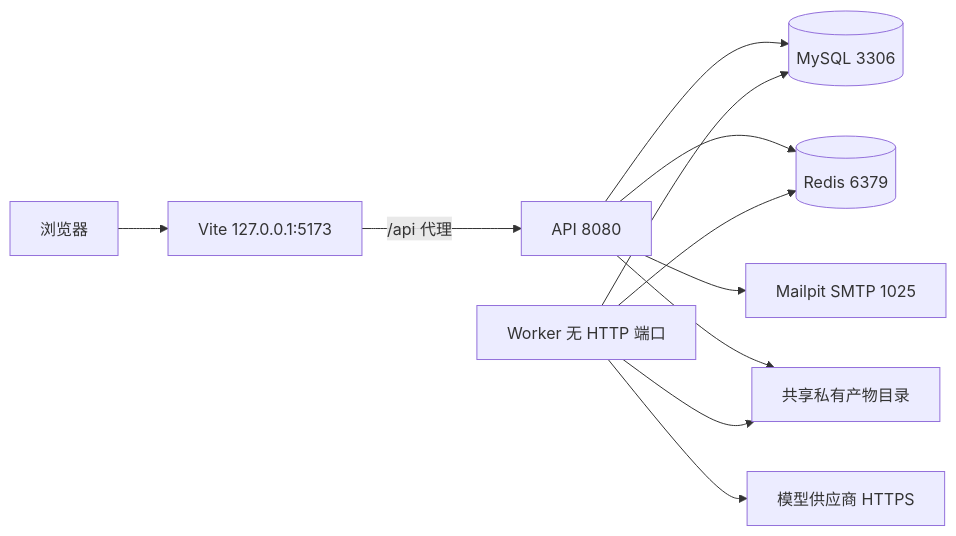
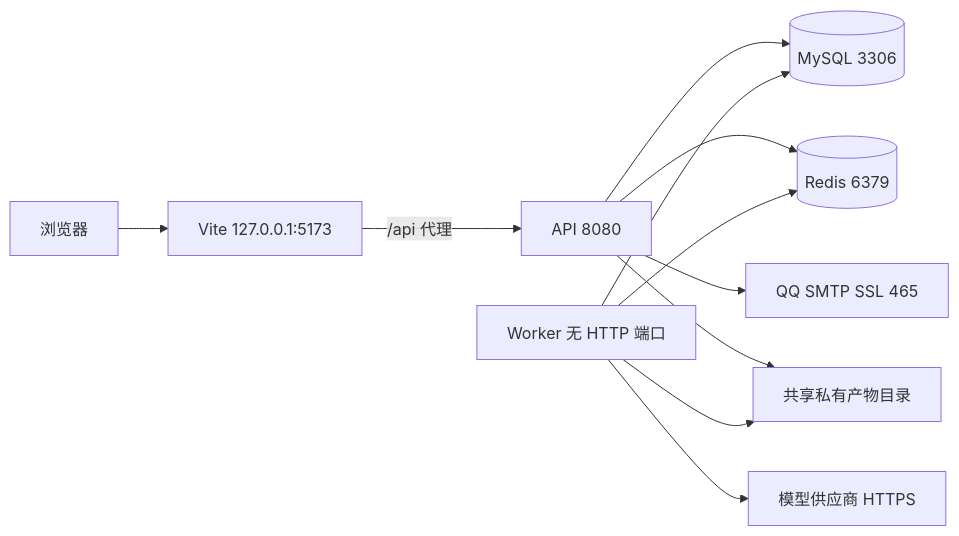
The diagram in backend/README.md (Ryan-Guizhou/PeachAgent), drawn with Mermaid before and after one commit. The commit also changed other lines of this file and 11 other files, not shown here.

````diff
--- a/backend/README.md
+++ b/backend/README.md
@@ -9,13 +9,13 @@
 ```mermaid
 flowchart LR
   B[浏览器] --> V[Vite 127.0.0.1:5173]
   V -->|/api 代理| A[API 8080]
   A --> D[(MySQL 3306)]
   A --> R[(Redis 6379)]
-  A --> M[Mailpit SMTP 1025]
+  A --> M[QQ SMTP SSL 465]
   W[Worker 无 HTTP 端口] --> D
   W --> P[模型供应商 HTTPS]
   A --> F[共享私有产物目录]
   W --> F
   W --> R
 ```
````
